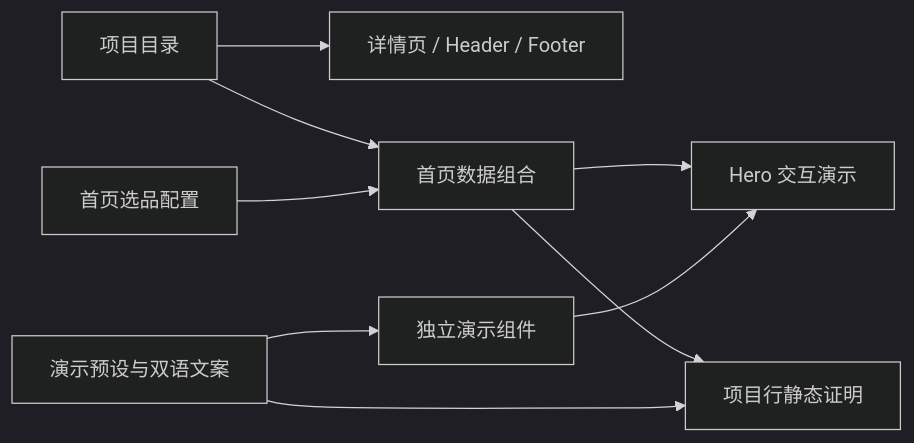
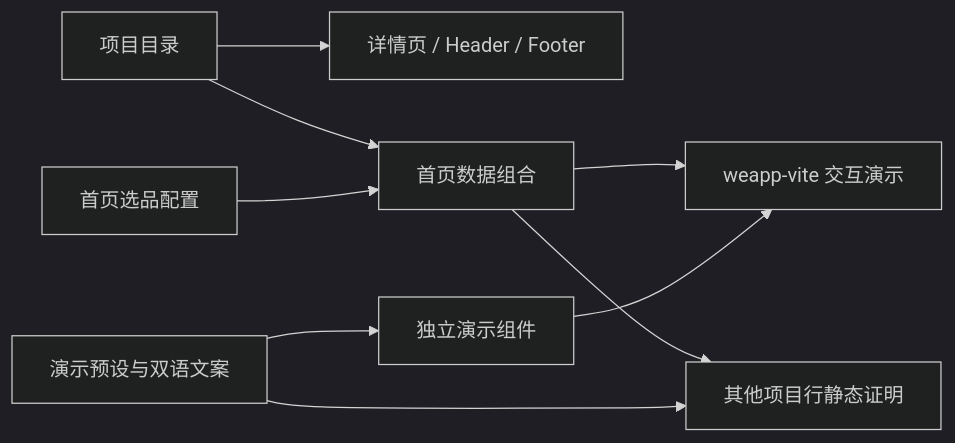
Before and after one commit to daguanren21/weapp.dev: the diagram in docs/architecture/homepage.md, drawn with Mermaid (dark theme). The commit also changed other lines of this file and 10 other files, not shown here.

First line of the commit message:
feat(web): move the interactive lab into weapp-vite

````diff
--- a/docs/architecture/homepage.md
+++ b/docs/architecture/homepage.md
@@ -21,11 +21,11 @@
 ```mermaid
 flowchart LR
   P[项目目录] --> D[详情页 / Header / Footer]
   P --> H[首页数据组合]
   E[首页选品配置] --> H
-  H --> R[Hero 交互演示]
-  H --> P2[项目行静态证明]
+  H --> R[weapp-vite 交互演示]
+  H --> P2[其他项目行静态证明]
   S[演示预设与双语文案] --> C[独立演示组件]
   S --> P2
   C --> R
 ```
````
